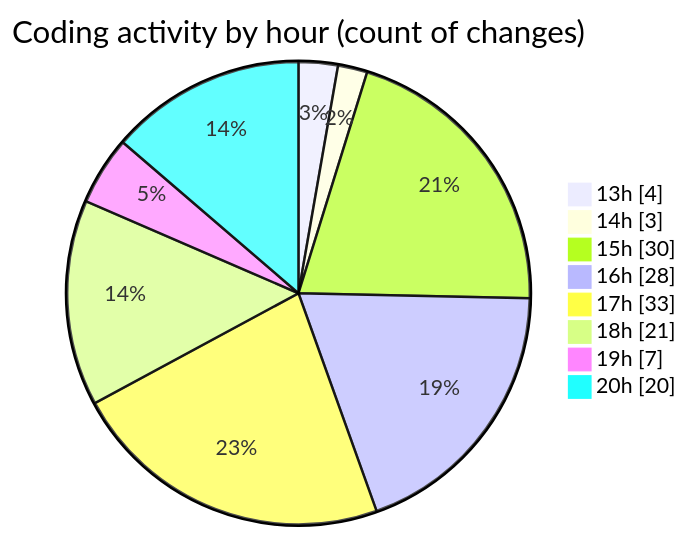
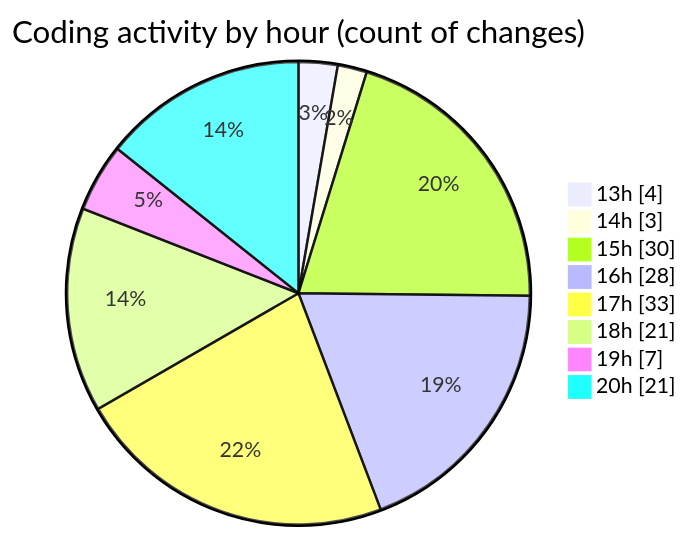
One commit to EIIisD/code-tracking changed the second of 2 diagrams in 2025-08-11/ribbon/README.md. Above: the diagram before and after it, drawn with Mermaid. The commit also changed other lines of this file and 1 other file, not shown here.

````diff
--- a/2025-08-11/ribbon/README.md
+++ b/2025-08-11/ribbon/README.md
@@ -52,12 +52,12 @@
 ```mermaid
 pie showData
 title Coding activity by hour (count of changes)
 "13h" : 4
 "14h" : 3
 "15h" : 30
 "16h" : 28
 "17h" : 33
 "18h" : 21
 "19h" : 7
-"20h" : 20
+"20h" : 21
 ```
````
